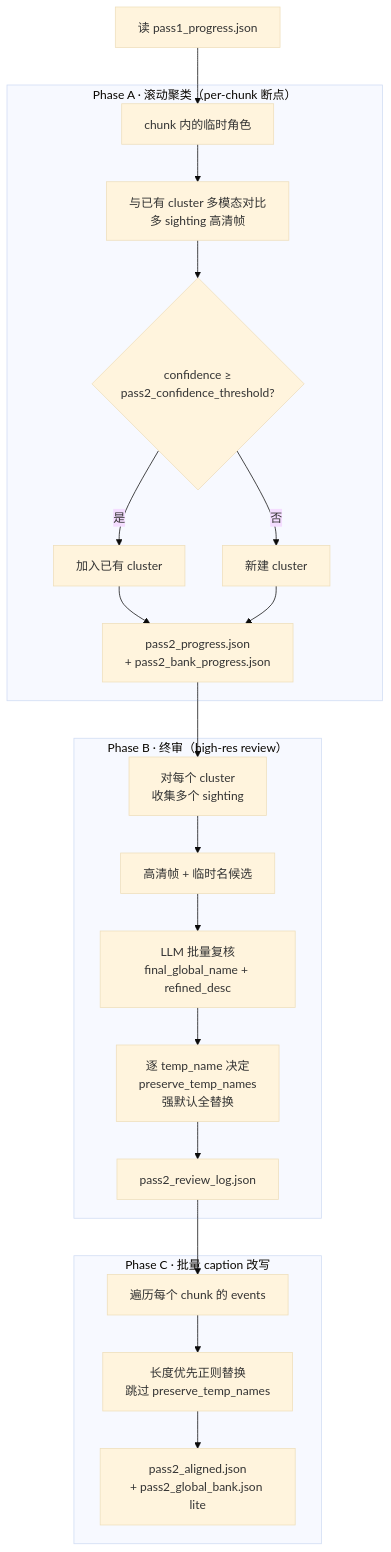
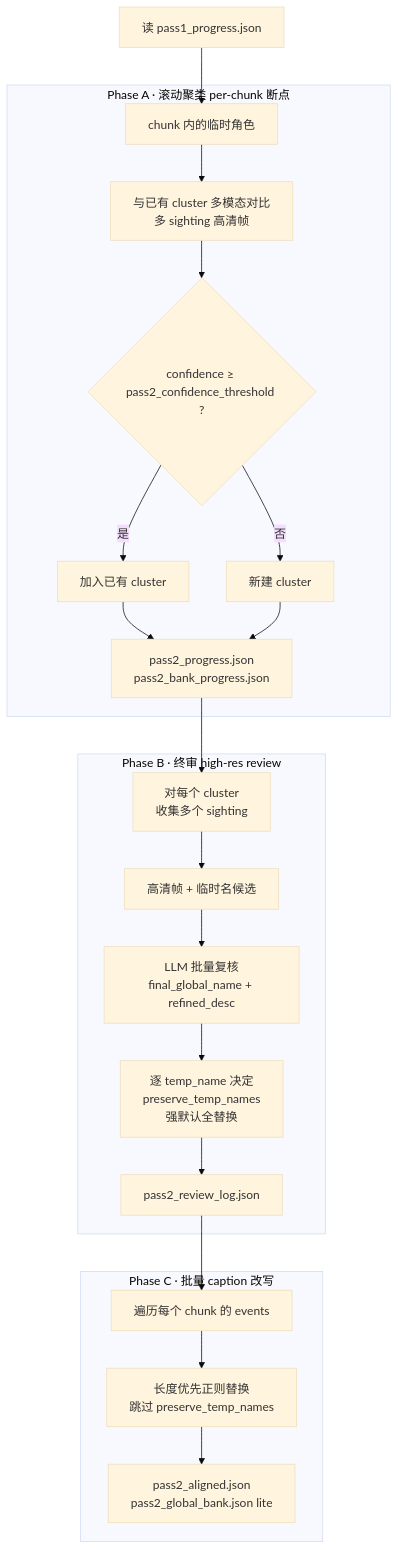
One commit to warmheartHoward/LongVideoCaption changed the third of 4 diagrams in README.md. Above: the diagram before and after it, drawn with Mermaid (base theme). The commit also changed other lines of this file, not shown here.

````diff
--- a/README.md
+++ b/README.md
@@ -87,28 +87,29 @@
 ```mermaid
 flowchart TB
-    Read[读 pass1_progress.json] --> PA
+    Read["读 pass1_progress.json"] --> PA
 
-    subgraph PhaseA["Phase A · 滚动聚类（per-chunk 断点）"]
-        PA[chunk 内的临时角色] --> Compare[与已有 cluster 多模态对比<br/>多 sighting 高清帧]
-        Compare --> Conf{confidence ≥<br/>pass2_confidence_threshold?}
-        Conf -->|是| Merge[加入已有 cluster]
-        Conf -->|否| New[新建 cluster]
-        Merge & New --> WriteA[pass2_progress.json<br/>+ pass2_bank_progress.json]
+    subgraph PhaseA["Phase A · 滚动聚类 per-chunk 断点"]
+        PA["chunk 内的临时角色"] --> Compare["与已有 cluster 多模态对比<br/>多 sighting 高清帧"]
+        Compare --> Conf{"confidence ≥ pass2_confidence_threshold ?"}
+        Conf -->|"是"| Merge["加入已有 cluster"]
+        Conf -->|"否"| New["新建 cluster"]
+        Merge --> WriteA["pass2_progress.json<br/>pass2_bank_progress.json"]
+        New --> WriteA
     end
 
     WriteA --> PB
 
-    subgraph PhaseB["Phase B · 终审（high-res review）"]
-        PB[对每个 cluster<br/>收集多个 sighting] --> HiRes[高清帧 + 临时名候选]
-        HiRes --> Review[LLM 批量复核<br/>final_global_name + refined_desc]
-        Review --> Preserve[逐 temp_name 决定<br/>preserve_temp_names<br/>强默认全替换]
-        Preserve --> WriteB[pass2_review_log.json]
+    subgraph PhaseB["Phase B · 终审 high-res review"]
+        PB["对每个 cluster<br/>收集多个 sighting"] --> HiRes["高清帧 + 临时名候选"]
+        HiRes --> Review["LLM 批量复核<br/>final_global_name + refined_desc"]
+        Review --> Preserve["逐 temp_name 决定<br/>preserve_temp_names<br/>强默认全替换"]
+        Preserve --> WriteB["pass2_review_log.json"]
     end
 
     WriteB --> PC
 
     subgraph PhaseC["Phase C · 批量 caption 改写"]
-        PC[遍历每个 chunk 的 events] --> Regex[长度优先正则替换<br/>跳过 preserve_temp_names]
-        Regex --> WriteC[pass2_aligned.json<br/>+ pass2_global_bank.json lite]
+        PC["遍历每个 chunk 的 events"] --> Regex["长度优先正则替换<br/>跳过 preserve_temp_names"]
+        Regex --> WriteC["pass2_aligned.json<br/>pass2_global_bank.json lite"]
     end
 ```
````
